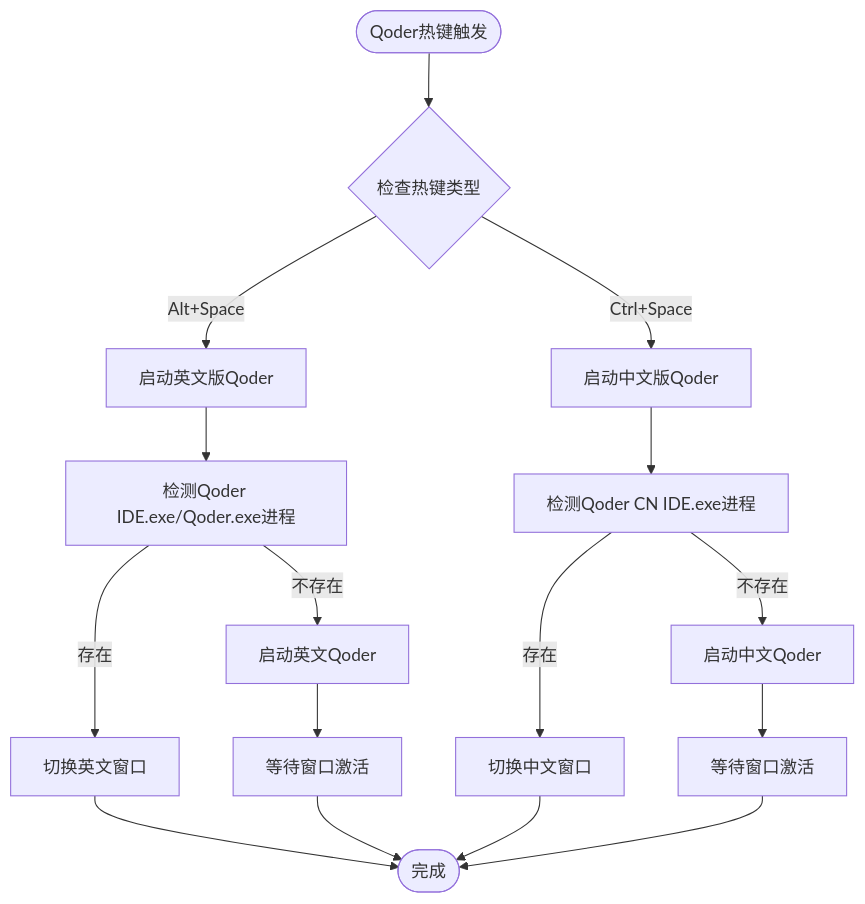
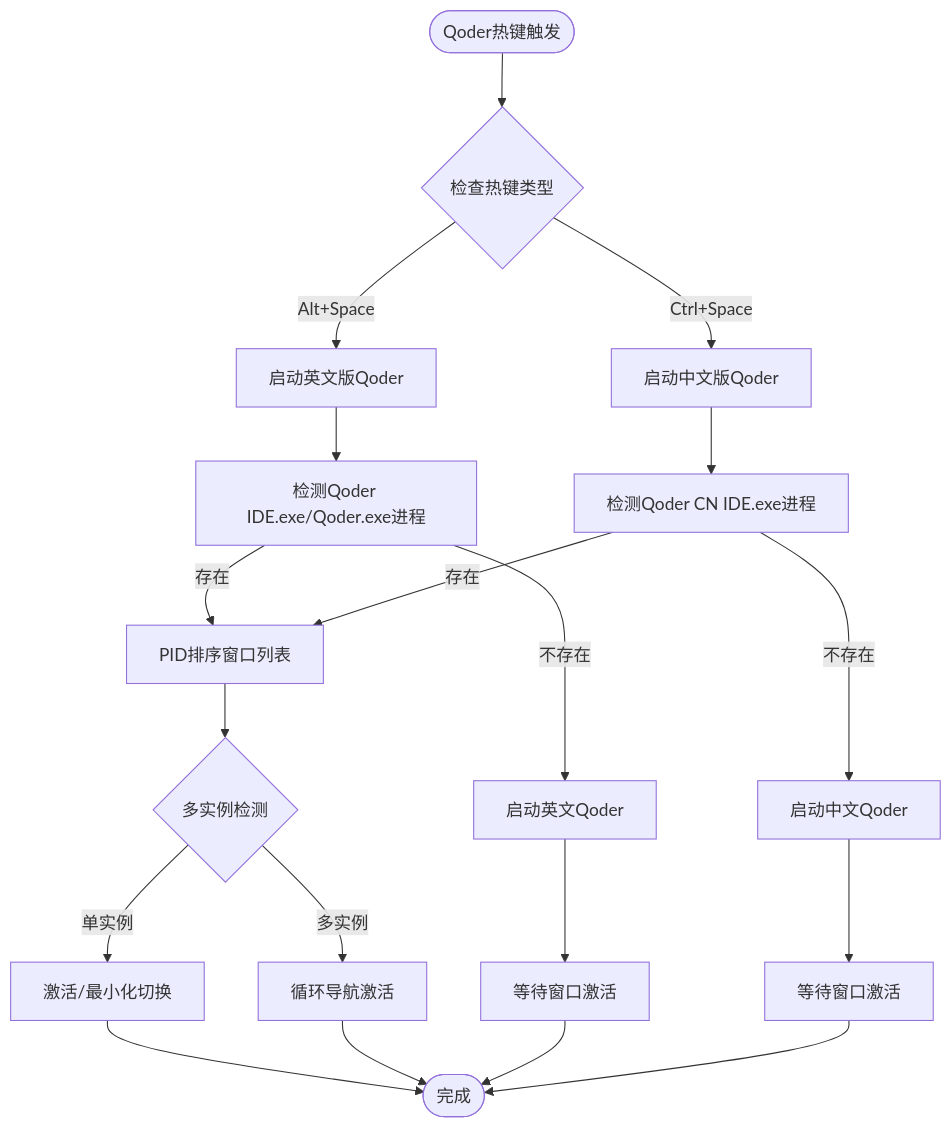
Before and after one commit to wangys-123doit/hotkey: the third of 17 diagrams in .qoder/repowiki/zh/content/核心功能/热键管理系统.md, drawn with Mermaid. The commit also changed other lines of this file and 9 other files, not shown here.

````diff
--- a/.qoder/repowiki/zh/content/核心功能/热键管理系统.md
+++ b/.qoder/repowiki/zh/content/核心功能/热键管理系统.md
@@ -133,18 +135,21 @@
 ```mermaid
 flowchart TD
 Start(["Qoder热键触发"]) --> CheckHotkey{"检查热键类型"}
 CheckHotkey --> |Alt+Space| LaunchEN["启动英文版Qoder"]
 CheckHotkey --> |Ctrl+Space| LaunchCN["启动中文版Qoder"]
 LaunchEN --> DetectProcessEN["检测Qoder IDE.exe/Qoder.exe进程"]
 LaunchCN --> DetectProcessCN["检测Qoder CN IDE.exe进程"]
-DetectProcessEN --> |存在| ToggleWindowEN["切换英文窗口"]
-DetectProcessCN --> |存在| ToggleWindowCN["切换中文窗口"]
+DetectProcessEN --> |存在| PIDSort["PID排序窗口列表"]
+DetectProcessCN --> |存在| PIDSort
+PIDSort --> MultiInstance{"多实例检测"}
+MultiInstance --> |单实例| ToggleWindow["激活/最小化切换"]
+MultiInstance --> |多实例| CircularNav["循环导航激活"]
+ToggleWindow --> End(["完成"])
+CircularNav --> End
 DetectProcessEN --> |不存在| LaunchENProcess["启动英文Qoder"]
 DetectProcessCN --> |不存在| LaunchCNProcess["启动中文Qoder"]
-ToggleWindowEN --> End(["完成"])
-ToggleWindowCN --> End
 LaunchENProcess --> WaitActiveEN["等待窗口激活"]
 LaunchCNProcess --> WaitActiveCN["等待窗口激活"]
 WaitActiveEN --> End
 WaitActiveCN --> End
 ```
````
